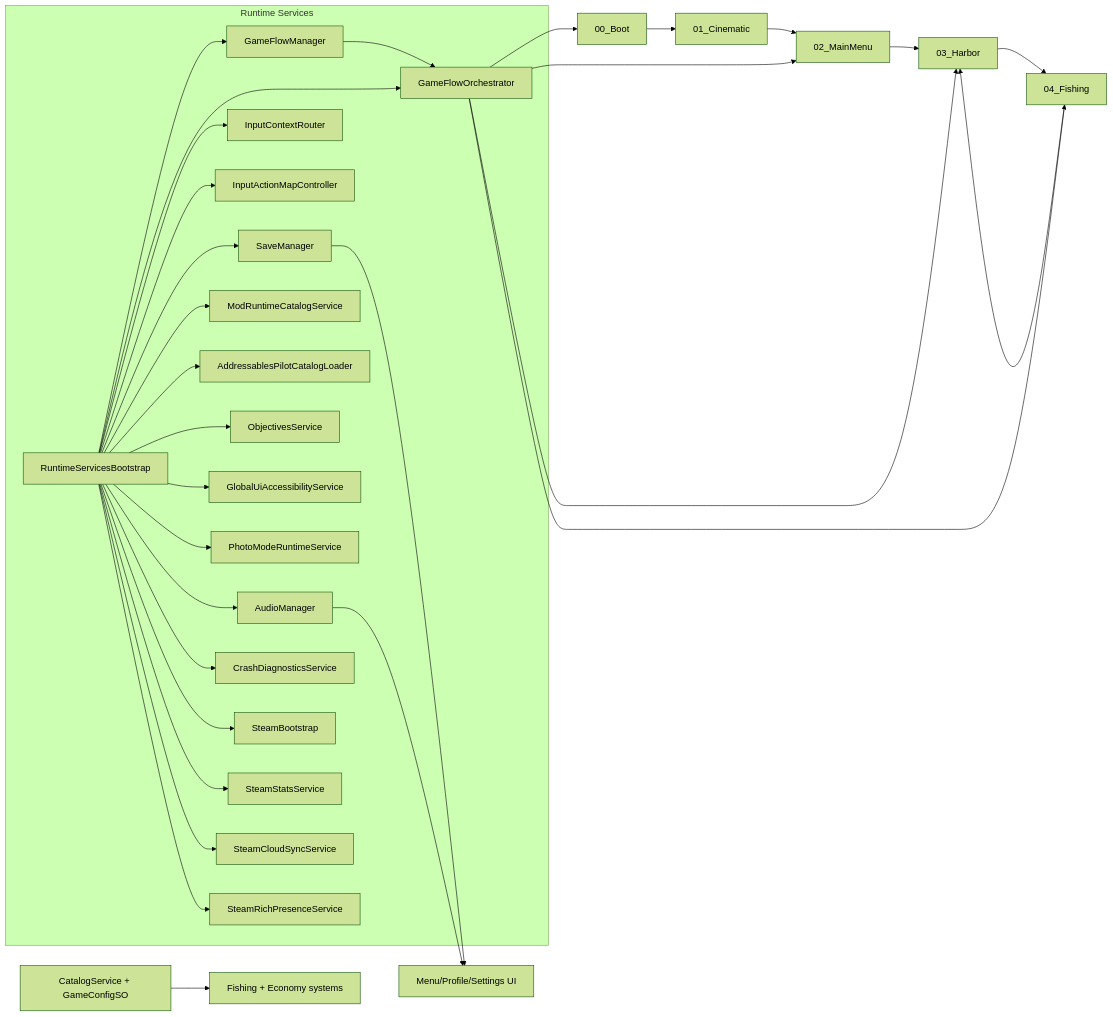
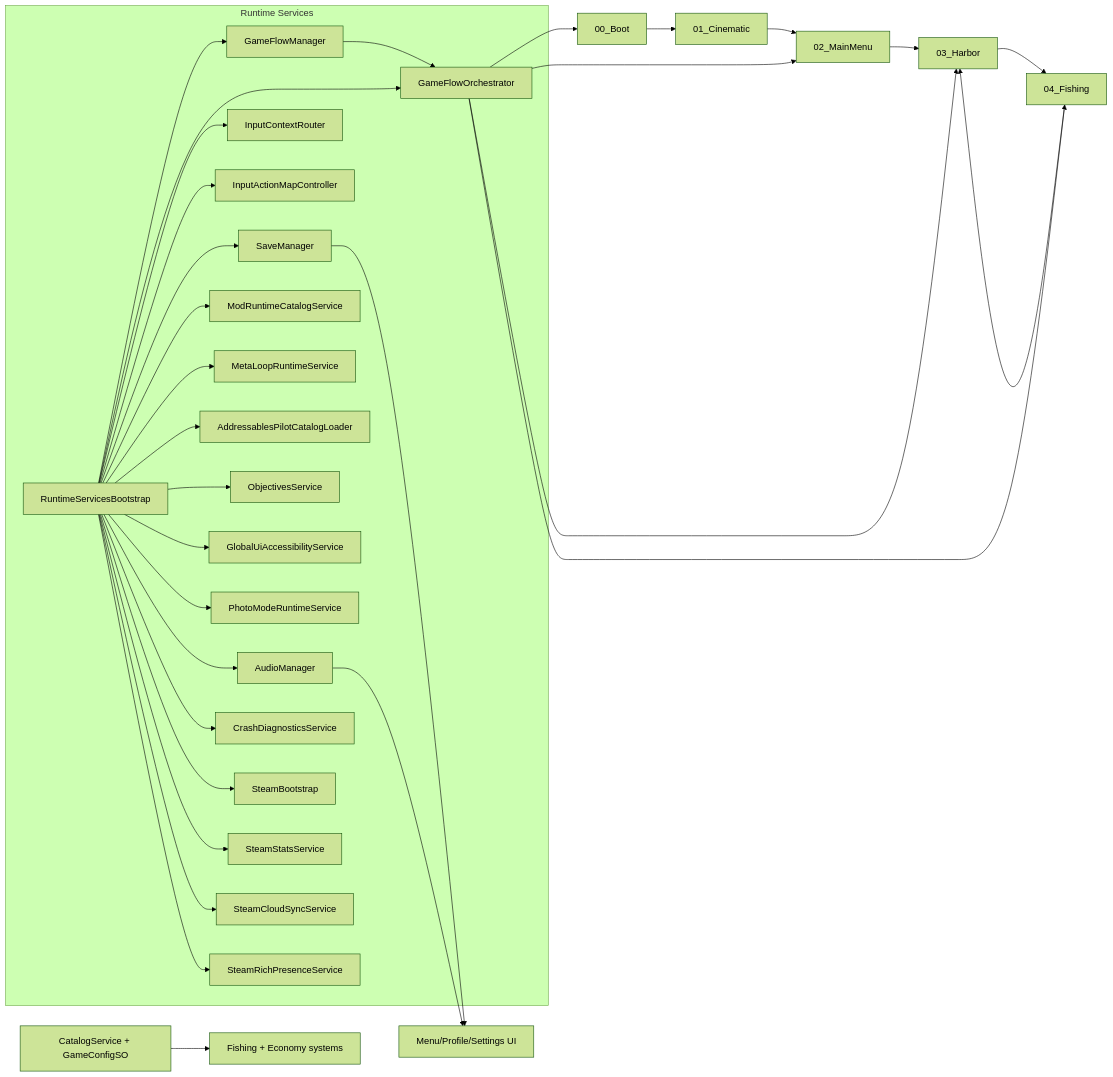
Before and after one commit to raven-dev-ops/Unity_Fishing_Steam_Game: the diagram in docs/ARCHITECTURE.md, drawn with Mermaid (forest theme). The commit also changed other lines of this file and 2 other files, not shown here.

Commit message:
Update docs for current architecture and CI roadmap status

````diff
--- a/docs/ARCHITECTURE.md
+++ b/docs/ARCHITECTURE.md
@@ -3,55 +3,57 @@
 ```mermaid
 flowchart LR
   Boot[00_Boot] --> Cinematic[01_Cinematic]
   Cinematic --> MainMenu[02_MainMenu]
   MainMenu --> Harbor[03_Harbor]
   Harbor --> Fishing[04_Fishing]
   Fishing --> Harbor
 
   subgraph Runtime Services
     GS[RuntimeServicesBootstrap]
     GFM[GameFlowManager]
     GFO[GameFlowOrchestrator]
     ICR[InputContextRouter]
     IAMC[InputActionMapController]
     SM[SaveManager]
     MRS[ModRuntimeCatalogService]
+    MLS[MetaLoopRuntimeService]
     APL[AddressablesPilotCatalogLoader]
     OBJ[ObjectivesService]
     UAS[GlobalUiAccessibilityService]
     PMS[PhotoModeRuntimeService]
     AM[AudioManager]
     CR[CrashDiagnosticsService]
     ST[SteamBootstrap]
     SS[SteamStatsService]
     SC[SteamCloudSyncService]
     SR[SteamRichPresenceService]
   end
 
   GS --> GFM
   GS --> GFO
   GS --> ICR
   GS --> IAMC
   GS --> SM
   GS --> MRS
+  GS --> MLS
   GS --> APL
   GS --> OBJ
   GS --> UAS
   GS --> PMS
   GS --> AM
   GS --> CR
   GS --> ST
   GS --> SS
   GS --> SC
   GS --> SR
 
   GFM --> GFO
   GFO --> Boot
   GFO --> MainMenu
   GFO --> Harbor
   GFO --> Fishing
 
   Catalog[CatalogService + GameConfigSO] --> FishingSystems[Fishing + Economy systems]
   SM --> UISystems[Menu/Profile/Settings UI]
   AM --> UISystems
 ```
````
